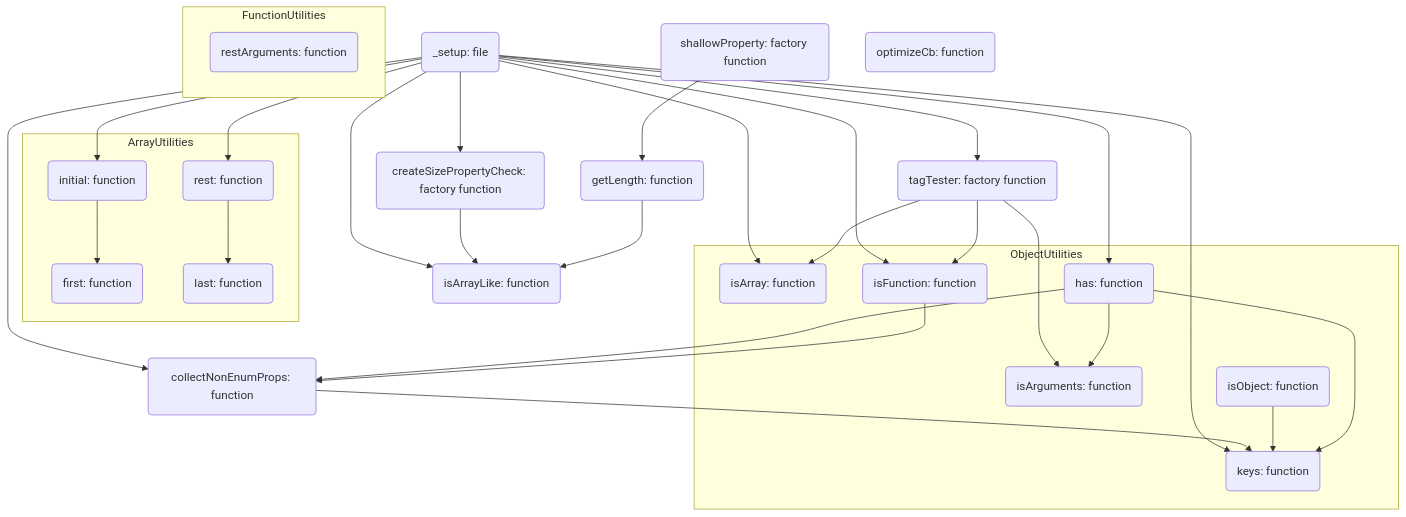
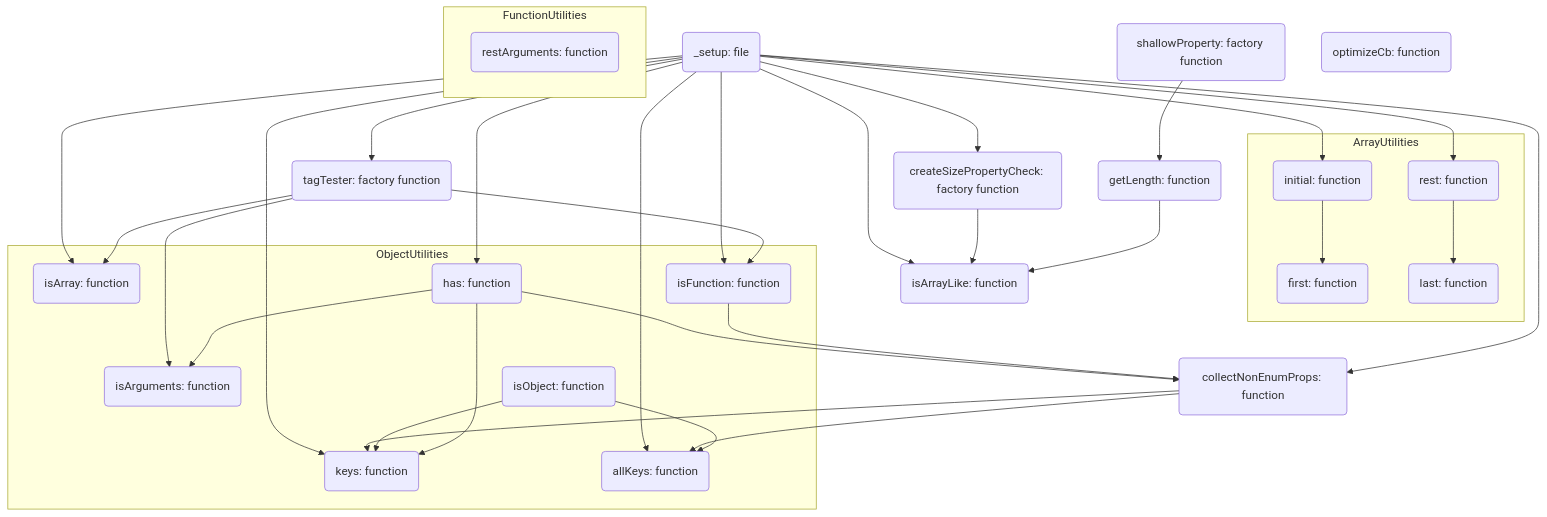
The diagram in doc/dependencies.mmd (AshGreyG/To-Realize-Underscore), drawn with Mermaid before and after one commit. The commit also changed 3 other files, not shown here.

Commit message:
:sparkles: add `allKeys` function of Object utils

```diff
--- a/doc/dependencies.mmd
+++ b/doc/dependencies.mmd
@@ -1,99 +1,104 @@
 flowchart TD
   %% Define nodes and their names
 
   %%% `_xxx` files
 
   _setup(_setup: file)
   _shallowProperty(shallowProperty: factory function)
   _getLength(getLength: function)
   _createSizePropertyCheck(createSizePropertyCheck: factory function)
   _isArrayLike(isArrayLike: function)
   _tagTester(tagTester: factory function)
   _optimizeCb(optimizeCb: function)
   _collectNonEnumProps(collectNonEnumProps: function)
 
   %%% Array functions
 
   subgraph ArrayUtilities
     initial(initial: function)
     first(first: function)
     rest(rest: function)
     last(last: function)
   end
 
   %%% Object functions
 
   subgraph ObjectUtilities
     isArray(isArray: function)
     isArguments(isArguments: function)
     isObject(isObject: function)
     isFunction(isFunction: function)
     has(has: function)
     keys(keys: function)
+    allKeys(allKeys: function)
   end
 
   subgraph FunctionUtilities
     restArguments(restArguments: function)
   end
 
   %% Edge settings
 
   _setup --> initial
   _setup --> rest
   _setup --> _isArrayLike
   _setup --> _tagTester
   _setup --> isArray
   _setup --> has
   _setup --> _createSizePropertyCheck
   _setup --> _collectNonEnumProps
   _setup --> isFunction
   _setup --> keys
+  _setup --> allKeys
 
   _tagTester --> isArray
   _tagTester --> isArguments
   _tagTester --> isFunction
   _shallowProperty --> _getLength
   _createSizePropertyCheck --> _isArrayLike
   _getLength --> _isArrayLike
   initial --> first
   rest --> last 
   has --> isArguments
   has --> _collectNonEnumProps
   isFunction --> _collectNonEnumProps
   _collectNonEnumProps --> keys
   isObject --> keys
   has --> keys
+  _collectNonEnumProps --> allKeys
+  isObject --> allKeys
 
 
   %% Hyperlink settings
 
   %%% `_xxx` files
  
   click _setup "https://github.com/AshGreyG/To-Realize-Underscore/blob/main/modules/_setup.js"
   click _shallowProperty "https://github.com/AshGreyG/To-Realize-Underscore/blob/main/modules/_shallowProperty.js"
   click _getLength "https://github.com/AshGreyG/To-Realize-Underscore/blob/main/modules/_getLength.js"
   click _createSizePropertyCheck "https://github.com/AshGreyG/To-Realize-Underscore/blob/main/modules/_createSizePropertyCheck.js"
   click _isArrayLike "https://github.com/AshGreyG/To-Realize-Underscore/blob/main/modules/_isArrayLike.js"
   click _tagTester "https://github.com/AshGreyG/To-Realize-Underscore/blob/main/modules/_tagTester.js"
   click _optimizeCb "https://github.com/AshGreyG/To-Realize-Underscore/blob/main/modules/_optimizeCb.js"
   click _collectNonEnumProps "https://github.com/AshGreyG/To-Realize-Underscore/blob/main/modules/_collectNonEnumProps.js"
 
   %%% Array functions
 
   click initial "https://github.com/AshGreyG/To-Realize-Underscore/blob/main/modules/initial.js"
   click first "https://github.com/AshGreyG/To-Realize-Underscore/blob/main/modules/first.js"
   click rest "https://github.com/AshGreyG/To-Realize-Underscore/blob/main/modules/rest.js"
   click last "https://github.com/AshGreyG/To-Realize-Underscore/blob/main/modules/last.js"
 
   %%% Object functions
 
   click isArray "https://github.com/AshGreyG/To-Realize-Underscore/blob/main/modules/isArray.js"
   click isArguments "https://github.com/AshGreyG/To-Realize-Underscore/blob/main/modules/isArguments.js"
   click isObject "https://github.com/AshGreyG/To-Realize-Underscore/blob/main/modules/isObject.js"
   click isFunction "https://github.com/AshGreyG/To-Realize-Underscore/blob/main/modules/isFunction.js"
   click has "https://github.com/AshGreyG/To-Realize-Underscore/blob/main/modules/_has.js"
   click keys "https://github.com/AshGreyG/To-Realize-Underscore/blob/main/modules/keys.js"
+  click allKeys "https://github.com/AshGreyG/To-Realize-Underscore/blob/main/modules/allKeys.js"
 
   %%% Function functions 😄
 
   click restArguments "https://github.com/AshGreyG/To-Realize-Underscore/blob/main/modules/restArguments.js"
```
